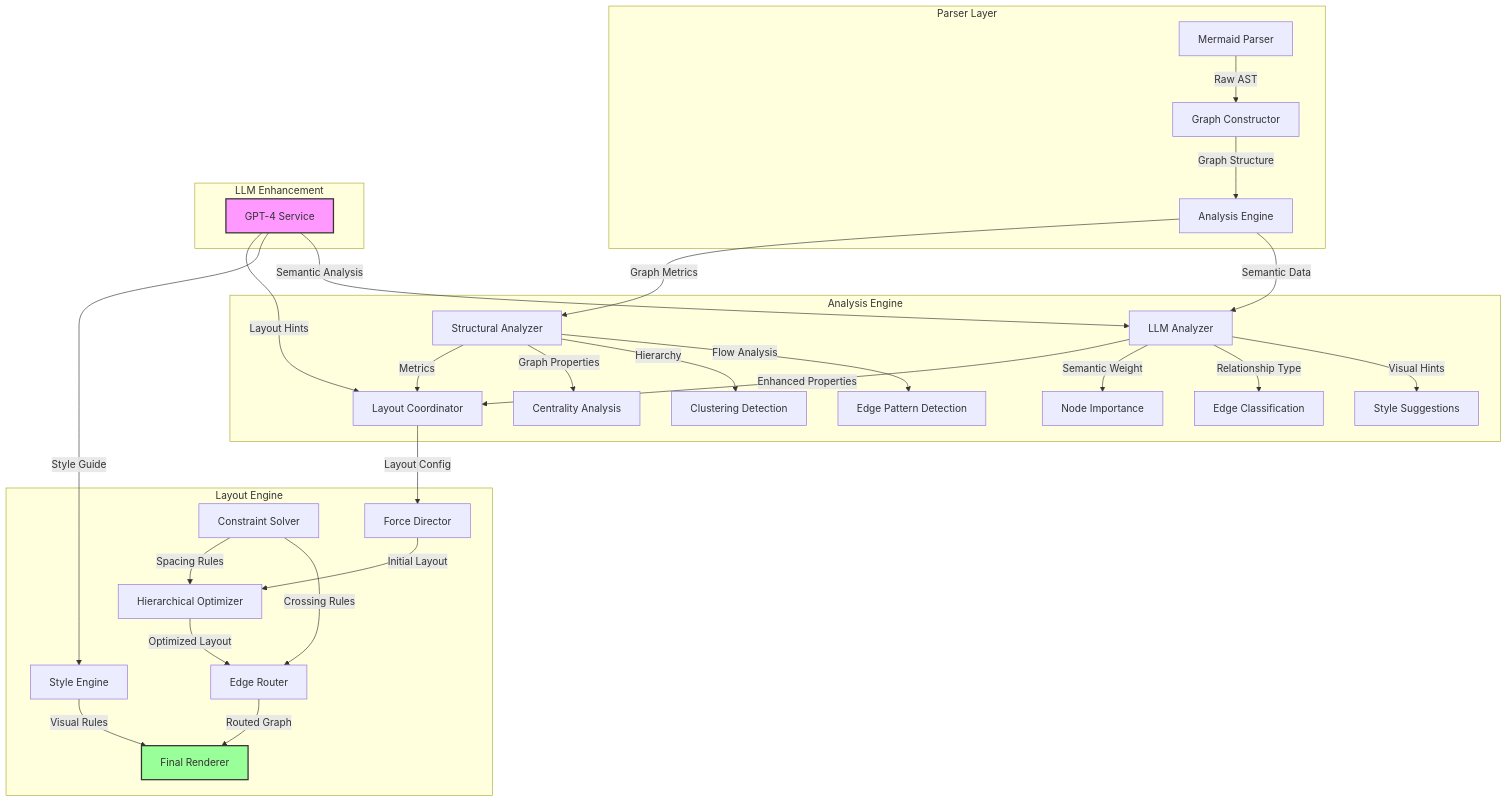
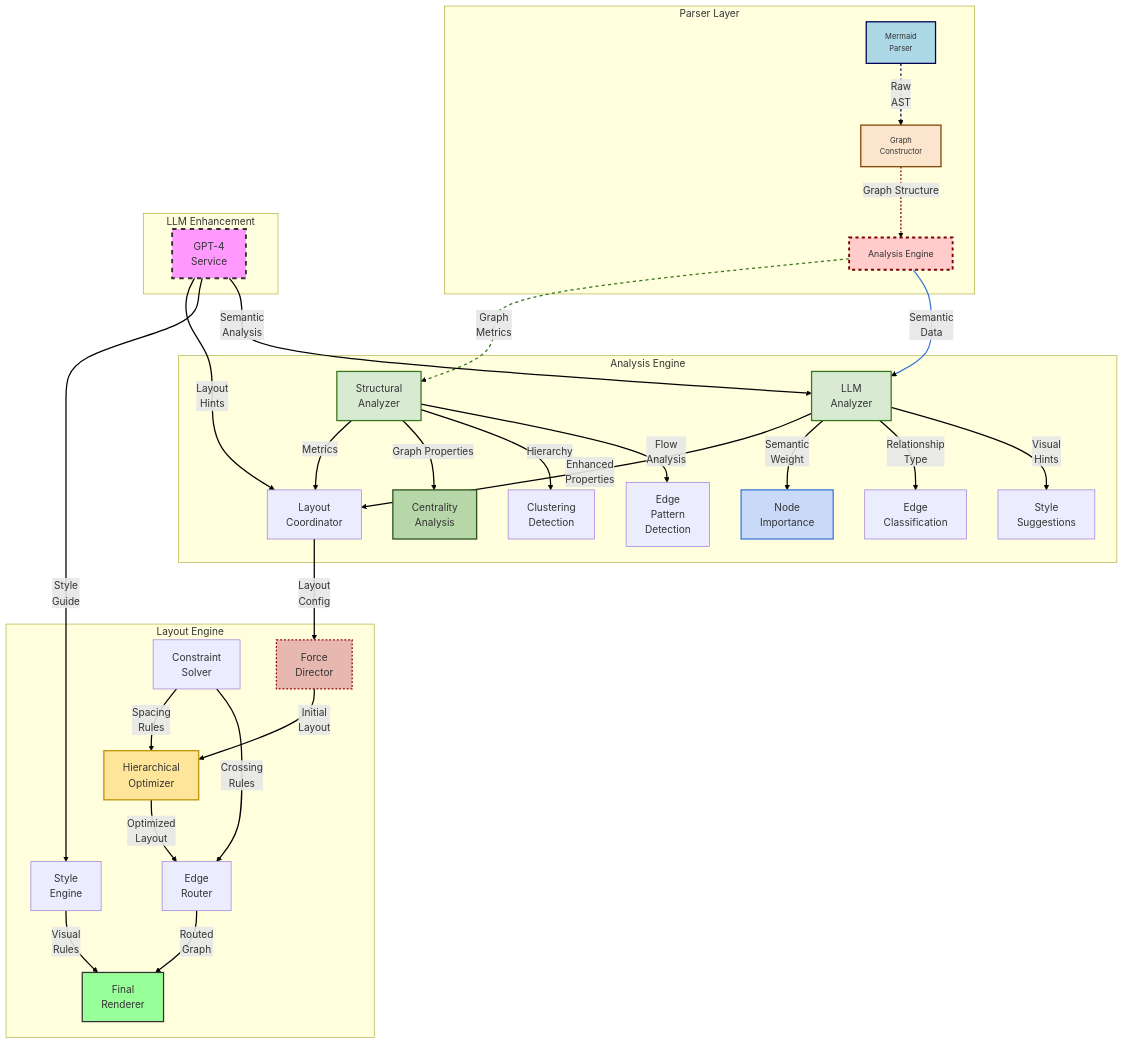
One commit to nshkrdotcom/MuseLayout changed the first of 2 diagrams in README.md. Above: the diagram before and after it, drawn with Mermaid.

Commit message:
update diag style

````diff
--- a/README.md
+++ b/README.md
@@ -19,44 +19,60 @@
 ```mermaid
-graph TD
+graph 
     subgraph "Parser Layer"
-        A[Mermaid Parser] -->|Raw AST| B[Graph Constructor]
+        A[Mermaid<br>Parser] -->|Raw<br>AST| B[Graph<br>Constructor]
         B -->|Graph Structure| C[Analysis Engine]
     end
 
     subgraph "Analysis Engine"
-        C -->|Graph Metrics| D[Structural Analyzer]
-        C -->|Semantic Data| E[LLM Analyzer]
+        C -->|Graph<br>Metrics| D[Structural<br>Analyzer]
+        C -->|Semantic<br>Data| E[LLM<br>Analyzer]
         
-        D -->|Metrics| F[Layout Coordinator]
-        E -->|Enhanced Properties| F
+        D -->|Metrics| F[Layout<br>Coordinator]
+        E -->|Enhanced<br> Properties| F
         
-        D -->|Graph Properties| D1[Centrality Analysis]
-        D -->|Hierarchy| D2[Clustering Detection]
-        D -->|Flow Analysis| D3[Edge Pattern Detection]
+        D -->|Graph Properties| D1[Centrality<br>Analysis]
+        D -->|Hierarchy| D2[Clustering<br>Detection]
+        D -->|Flow<br>Analysis| D3[Edge<br>Pattern<br>Detection]
         
-        E -->|Semantic Weight| E1[Node Importance]
-        E -->|Relationship Type| E2[Edge Classification]
-        E -->|Visual Hints| E3[Style Suggestions]
+        E -->|Semantic<br>Weight| E1[Node<br>Importance]
+        E -->|Relationship<br>Type| E2[Edge<br>Classification]
+        E -->|Visual<br>Hints| E3[Style<br>Suggestions]
     end
 
-    subgraph "Layout Engine"
-        F -->|Layout Config| G[Force Director]
-        G -->|Initial Layout| H[Hierarchical Optimizer]
-        H -->|Optimized Layout| I[Edge Router]
+    subgraph "Layout&nbsp;Engine"
+        F -->|Layout<br>Config| G[Force<br>Director]
+        G -->|Initial<br>Layout| H[Hierarchical<br>Optimizer]
+        H -->|Optimized<br>Layout| I[Edge<br>Router]
         
-        J[Constraint Solver] -->|Spacing Rules| H
-        J -->|Crossing Rules| I
+        J[Constraint<br>Solver] -->|Spacing<br>Rules| H
+        J -->|Crossing<br>Rules| I
         
-        K[Style Engine] -->|Visual Rules| L[Final Renderer]
-        I -->|Routed Graph| L
-    end
-    
-    subgraph "LLM Enhancement"
-        M[GPT-4 Service] -->|Layout Hints| F
-        M -->|Style Guide| K
-        M -->|Semantic Analysis| E
+        K[Style<br>Engine] -->|Visual<br>Rules| L[Final<br>Renderer]
+        I -->|Routed<br>Graph| L
     end
 
-    style M fill:#f9f,stroke:#333,stroke-width:2px
+    subgraph "LLM&nbsp;Enhancement"
+        M[GPT-4<br>Service] -->|Layout<br>Hints| F
+        M -->|Style<br>Guide| K
+        M -->|Semantic<br>Analysis| E
+    end
+
+    style A fill:#add8e6,stroke:#005,stroke-width:2px,font-size:12px
+    style B fill:#fce5cd,stroke:#804000,stroke-width:2px,font-size:12px
+    style C fill:#ffcccb,stroke:#800000,stroke-width:3px,font-size:14px,stroke-dasharray:5,5
+    style D fill:#d9ead3,stroke:#38761d,stroke-width:2px
+    style E fill:#d9ead3,stroke:#38761d,stroke-width:2px
+    style D1 fill:#b6d7a8,stroke:#274e13,stroke-width:2px
+    style E1 fill:#c9daf8,stroke:#3c78d8,stroke-width:2px
+    style G fill:#e6b8af,stroke:#990000,stroke-width:2px,stroke-dasharray:3,3
+    style H fill:#ffe599,stroke:#bf9000,stroke-width:2px
     style L fill:#9f9,stroke:#333,stroke-width:2px
+    style M fill:#f9f,stroke:#333,stroke-width:3px,stroke-dasharray:7,3
+
+    %% Connections and edges
+    linkStyle default stroke-width:2px,stroke:#000000,fill:none
+    linkStyle 0 stroke:#005,stroke-width:2px,stroke-dasharray:4,2
+    linkStyle 1 stroke:#800000,stroke-width:2px,stroke-dasharray:3,3
+    linkStyle 2 stroke:#38761d,stroke-width:2px,stroke-dasharray:5,5
+    linkStyle 3 stroke:#3c78d8,stroke-width:2px,fill:none
 ```
````
